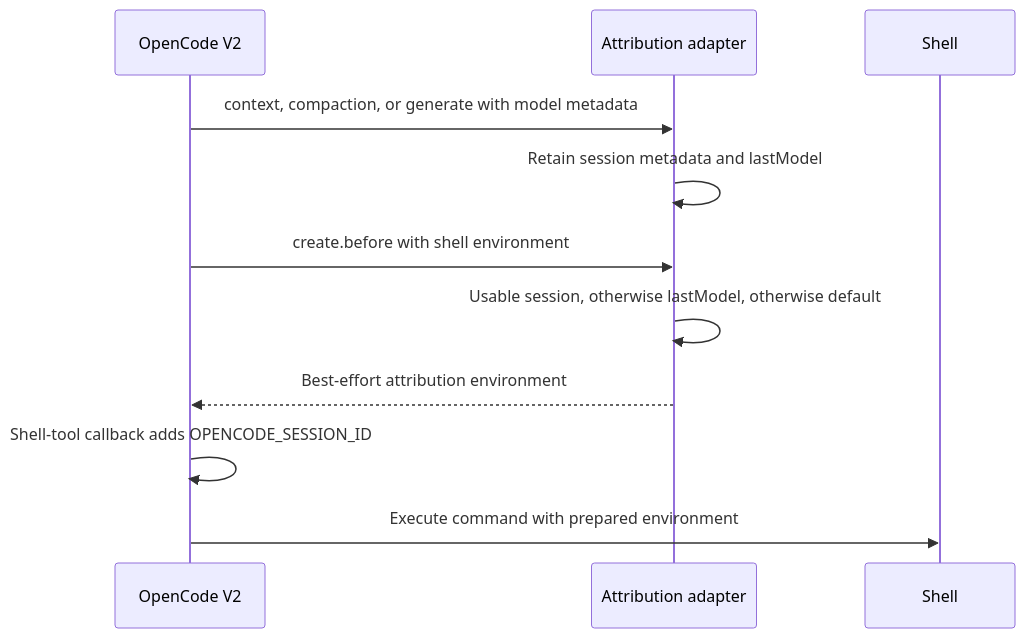
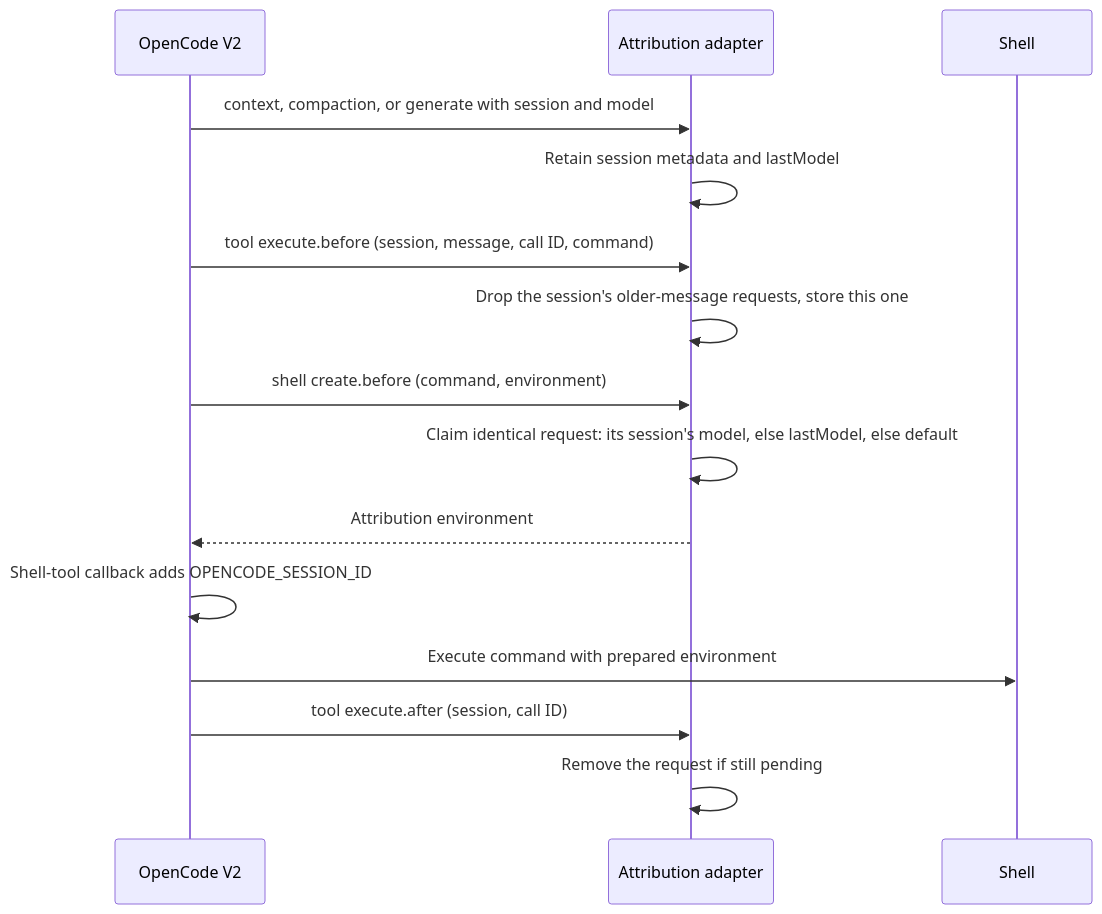
The first of 4 diagrams in docs/arc42/06-runtime-view.md (buster/givn), drawn with Mermaid before and after one commit. The commit also changed other lines of this file and 13 other files, not shown here.

````diff
--- a/docs/arc42/06-runtime-view.md
+++ b/docs/arc42/06-runtime-view.md
@@ -95,13 +103,17 @@
 ```mermaid
 sequenceDiagram
     participant Runtime as OpenCode V2
     participant Adapter as Attribution adapter
     participant Shell
-    Runtime->>Adapter: context, compaction, or generate with model metadata
+    Runtime->>Adapter: context, compaction, or generate with session and model
     Adapter->>Adapter: Retain session metadata and lastModel
-    Runtime->>Adapter: create.before with shell environment
-    Adapter->>Adapter: Usable session, otherwise lastModel, otherwise default
-    Adapter-->>Runtime: Best-effort attribution environment
+    Runtime->>Adapter: tool execute.before (session, message, call ID, command)
+    Adapter->>Adapter: Drop the session's older-message requests, store this one
+    Runtime->>Adapter: shell create.before (command, environment)
+    Adapter->>Adapter: Claim identical request: its session's model, else lastModel, else default
+    Adapter-->>Runtime: Attribution environment
     Runtime->>Runtime: Shell-tool callback adds OPENCODE_SESSION_ID
     Runtime->>Shell: Execute command with prepared environment
+    Runtime->>Adapter: tool execute.after (session, call ID)
+    Adapter->>Adapter: Remove the request if still pending
 ```
````
